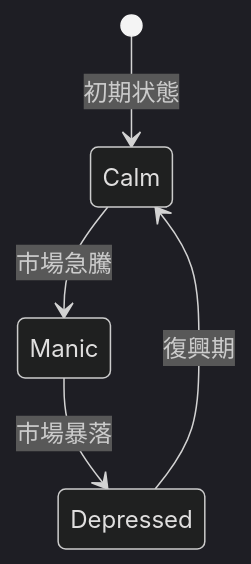
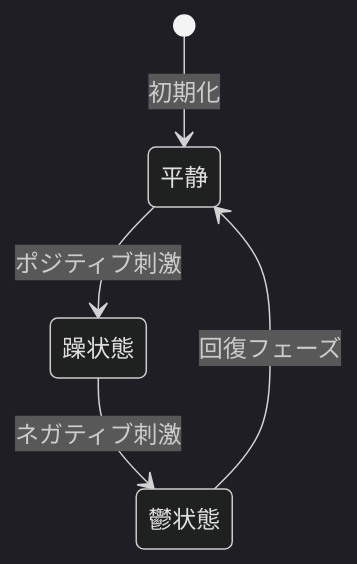
Before and after one commit to Wubai4EVER/-: the first of 3 diagrams in README.md, drawn with Mermaid (dark theme). The commit also changed other lines of this file, not shown here.

````diff
--- a/README.md
+++ b/README.md
@@ -22,7 +35,7 @@
 ```mermaid
 stateDiagram-v2
-    [*] --> Calm : 初期状態
-    Calm --> Manic : 市場急騰
-    Manic --> Depressed : 市場暴落
-    Depressed --> Calm : 復興期
+    [*] --> 平静 : 初期化
+    平静 --> 躁状態 : ポジティブ刺激
+    躁状態 --> 鬱状態 : ネガティブ刺激
+    鬱状態 --> 平静 : 回復フェーズ
 ```
````
